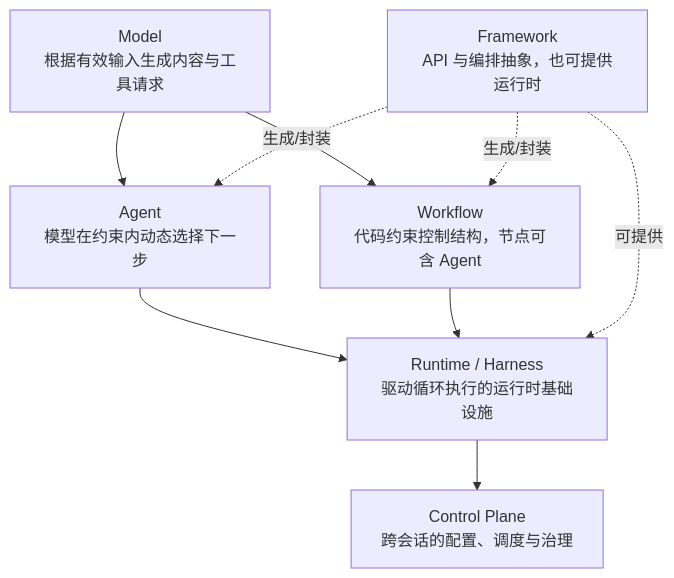
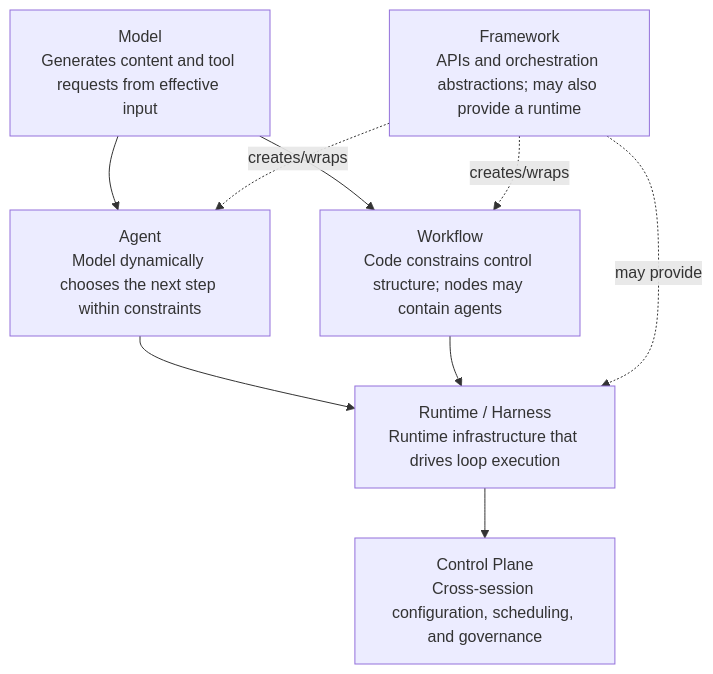
The first of 2 diagrams in docs/agent/02-runtime-harness/16-harness-definition-and-boundaries.md (oneleaveknowsthefall/awesome-ai-roadmap), drawn with Mermaid before and after one commit. The commit also changed other lines of this file and 68 other files, not shown here.

````diff
--- a/docs/agent/02-runtime-harness/16-harness-definition-and-boundaries.md
+++ b/docs/agent/02-runtime-harness/16-harness-definition-and-boundaries.md
@@ -47,18 +47,18 @@
 ```mermaid
 flowchart TB
-    M["Model<br/>根据有效输入生成内容与工具请求"]
-    A["Agent<br/>模型在约束内动态选择下一步"]
-    W["Workflow<br/>代码约束控制结构，节点可含 Agent"]
-    H["Runtime / Harness<br/>驱动循环执行的运行时基础设施"]
-    F["Framework<br/>API 与编排抽象，也可提供运行时"]
-    C["Control Plane<br/>跨会话的配置、调度与治理"]
+    M["Model<br/>Generates content and tool requests from effective input"]
+    A["Agent<br/>Model dynamically chooses the next step within constraints"]
+    W["Workflow<br/>Code constrains control structure; nodes may contain agents"]
+    H["Runtime / Harness<br/>Runtime infrastructure that drives loop execution"]
+    F["Framework<br/>APIs and orchestration abstractions; may also provide a runtime"]
+    C["Control Plane<br/>Cross-session configuration, scheduling, and governance"]
 
     M --> A
     M --> W
     A --> H
     W --> H
-    F -. 生成/封装 .-> A
-    F -. 生成/封装 .-> W
-    F -. 可提供 .-> H
+    F -. creates/wraps .-> A
+    F -. creates/wraps .-> W
+    F -. may provide .-> H
     H --> C
 ```
````
